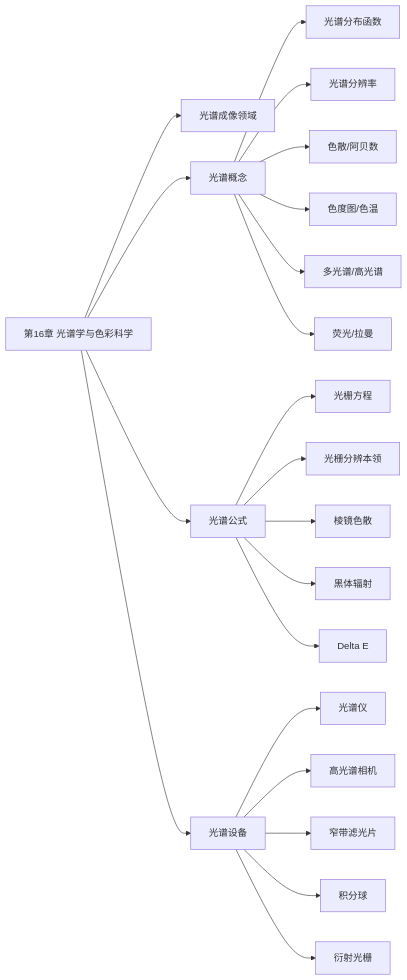
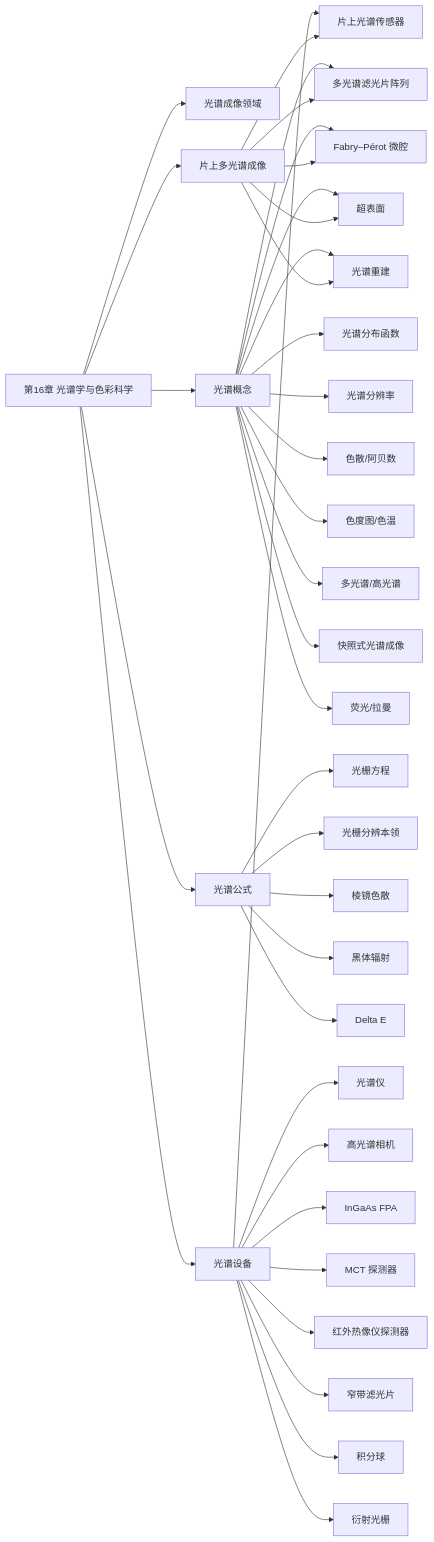
Before and after one commit to ccwanggl/lensfit: the second of 2 diagrams in OpticKnowledgeSpace/90-maps/Knowledge Architecture.md, drawn with Mermaid. The commit also changed other lines of this file and 3 other files, not shown here.

````diff
--- a/OpticKnowledgeSpace/90-maps/Knowledge Architecture.md
+++ b/OpticKnowledgeSpace/90-maps/Knowledge Architecture.md
@@ -70,26 +70,42 @@
 ```mermaid
 flowchart LR
     chapter["第16章 光谱学与色彩科学"] --> domain["光谱成像领域"]
+    chapter --> onchip["片上多光谱成像"]
     chapter --> concepts["光谱概念"]
     chapter --> formulas["光谱公式"]
     chapter --> devices["光谱设备"]
 
     concepts --> spd["光谱分布函数"]
     concepts --> resolution["光谱分辨率"]
     concepts --> dispersion["色散/阿贝数"]
     concepts --> color["色度图/色温"]
     concepts --> imaging["多光谱/高光谱"]
+    concepts --> snapshot["快照式光谱成像"]
+    concepts --> msfa["多光谱滤光片阵列"]
+    concepts --> fp["Fabry–Pérot 微腔"]
+    concepts --> metasurface["超表面"]
+    concepts --> reconstruction["光谱重建"]
     concepts --> fluorescence["荧光/拉曼"]
 
     formulas --> grating["光栅方程"]
     formulas --> resolving["光栅分辨本领"]
     formulas --> prism["棱镜色散"]
     formulas --> blackbody["黑体辐射"]
     formulas --> deltae["Delta E"]
 
     devices --> spectrometer["光谱仪"]
     devices --> hsi["高光谱相机"]
+    devices --> onchipSensor["片上光谱传感器"]
+    devices --> ingaas["InGaAs FPA"]
+    devices --> mct["MCT 探测器"]
+    devices --> thermal["红外热像仪探测器"]
     devices --> filter["窄带滤光片"]
     devices --> sphere["积分球"]
     devices --> gratingDevice["衍射光栅"]
+
+    onchip --> onchipSensor
+    onchip --> msfa
+    onchip --> fp
+    onchip --> metasurface
+    onchip --> reconstruction
 ```
````
